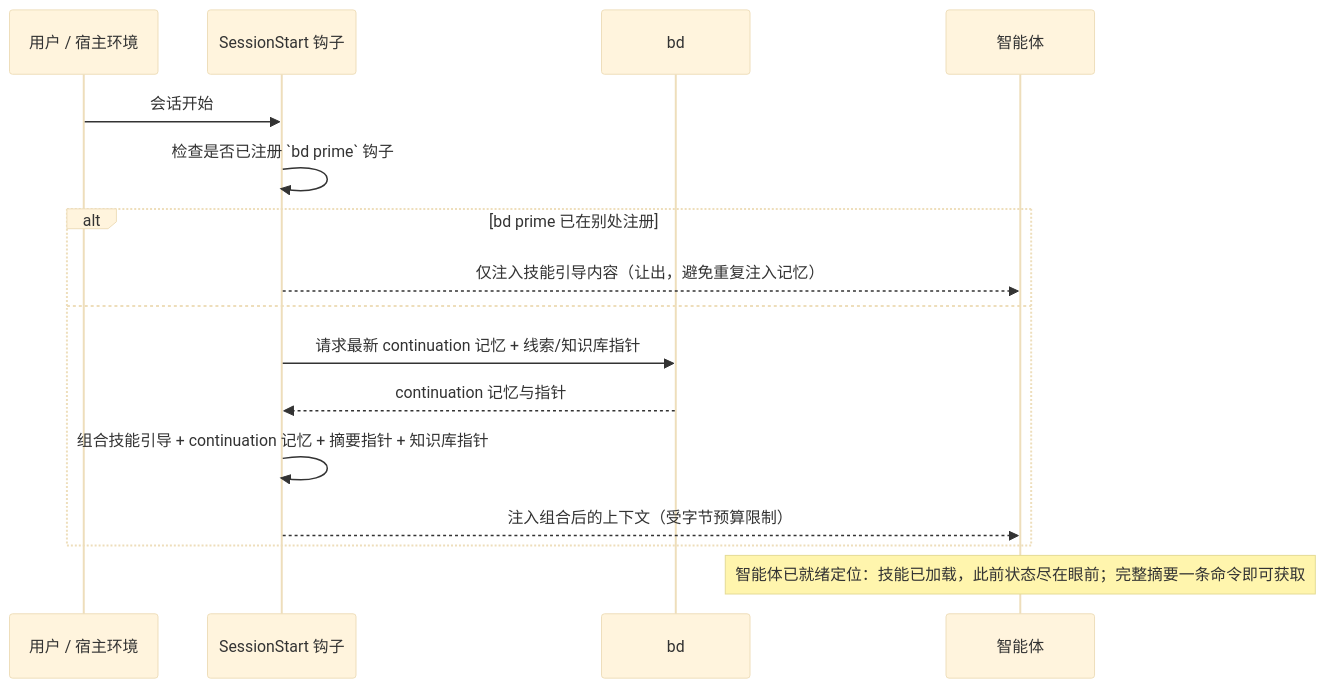
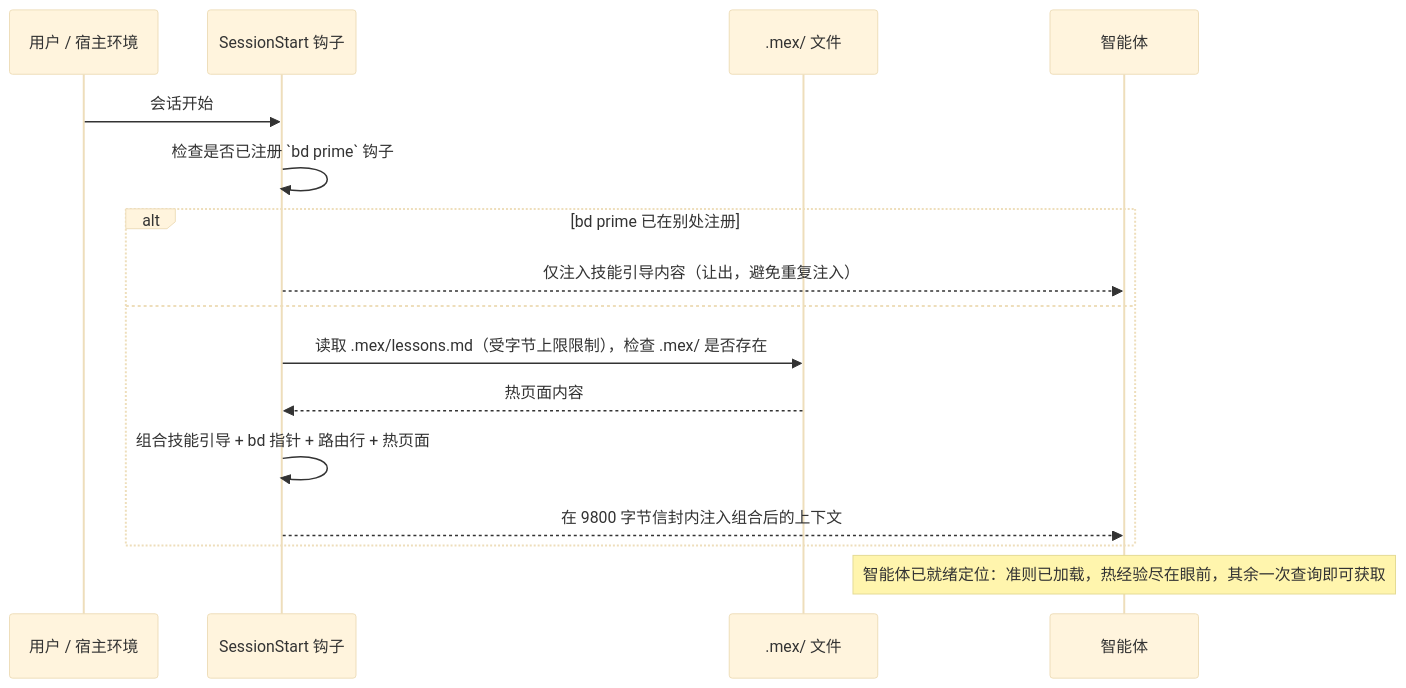
Before and after one commit to strider4560/beads-superpowers: the first of 3 diagrams in docs/zh/memory.md, drawn with Mermaid (base theme). The commit also changed other lines of this file and 21 other files, not shown here.

Commit message:
docs: mex durable-knowledge architecture, en+zh (beads-superpowers-spl)

````diff
--- a/docs/zh/memory.md
+++ b/docs/zh/memory.md
@@ -22,19 +38,19 @@
 ```mermaid
 sequenceDiagram
   participant H as 用户 / 宿主环境
   participant SH as SessionStart 钩子
-  participant BD as bd
+  participant FS as .mex/ 文件
   participant A as 智能体
 
   H->>SH: 会话开始
   SH->>SH: 检查是否已注册 `bd prime` 钩子
   alt bd prime 已在别处注册
-    SH-->>A: 仅注入技能引导内容（让出，避免重复注入记忆）
+    SH-->>A: 仅注入技能引导内容（让出，避免重复注入）
   else
-    SH->>BD: 请求最新 continuation 记忆 + 线索/知识库指针
-    BD-->>SH: continuation 记忆与指针
-    SH->>SH: 组合技能引导 + continuation 记忆 + 摘要指针 + 知识库指针
-    SH-->>A: 注入组合后的上下文（受字节预算限制）
+    SH->>FS: 读取 .mex/lessons.md（受字节上限限制），检查 .mex/ 是否存在
+    FS-->>SH: 热页面内容
+    SH->>SH: 组合技能引导 + bd 指针 + 路由行 + 热页面
+    SH-->>A: 在 9800 字节信封内注入组合后的上下文
   end
-  Note over A: 智能体已就绪定位：技能已加载，此前状态尽在眼前；完整摘要一条命令即可获取
+  Note over A: 智能体已就绪定位：准则已加载，热经验尽在眼前，其余一次查询即可获取
 ```
````
